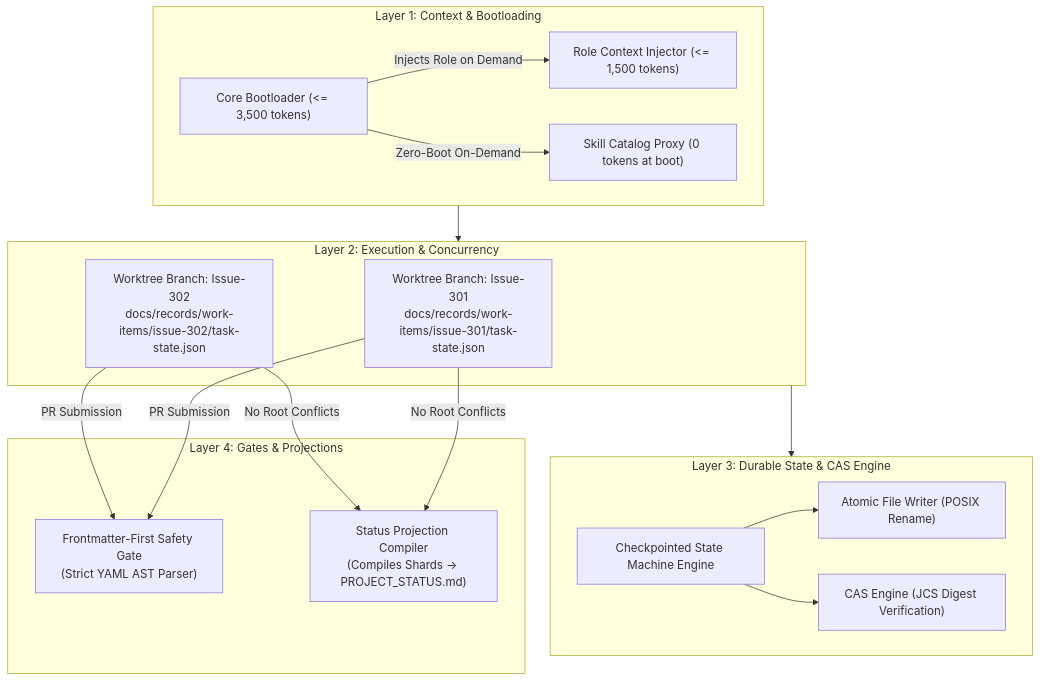
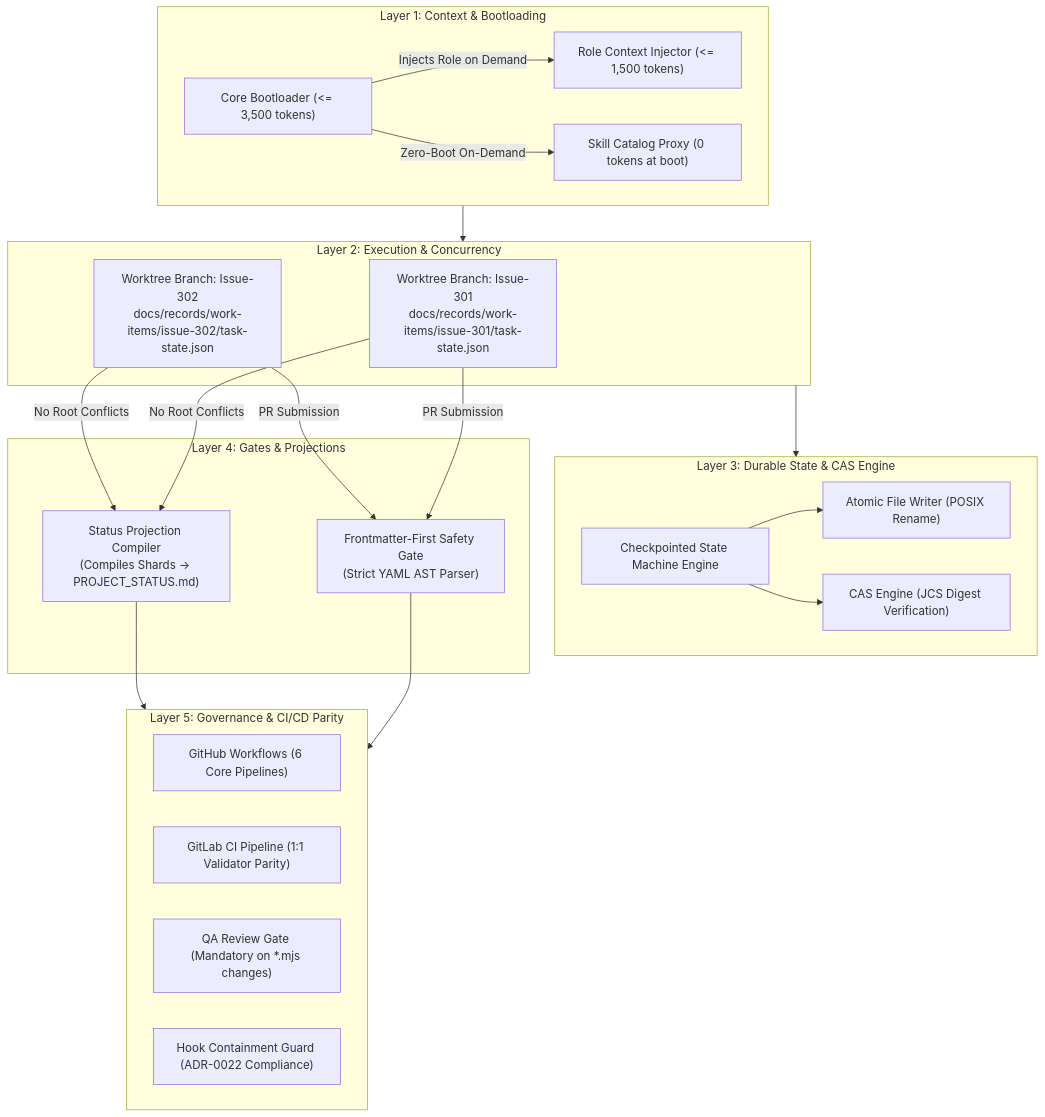
Before and after one commit to chakrits/AI-Agent-Workflow: the first of 5 diagrams in docs/records/sdd/2026-09-11-next-gen-dynamic-workflow-sdd.md, drawn with Mermaid. The commit also changed other lines of this file, not shown here.

Commit message:
docs: update SDD with workflow, hook, and CI parity constraints (AC-009 to AC-014)

````diff
--- a/docs/records/sdd/2026-09-11-next-gen-dynamic-workflow-sdd.md
+++ b/docs/records/sdd/2026-09-11-next-gen-dynamic-workflow-sdd.md
@@ -45,30 +48,39 @@
 ```mermaid
 flowchart TD
     subgraph Layer1["Layer 1: Context & Bootloading"]
         CB["Core Bootloader (<= 3,500 tokens)"] -->|Injects Role on Demand| RI["Role Context Injector (<= 1,500 tokens)"]
         CB -->|Zero-Boot On-Demand| SK["Skill Catalog Proxy (0 tokens at boot)"]
     end
 
     subgraph Layer2["Layer 2: Execution & Concurrency"]
         WT1["Worktree Branch: Issue-301\ndocs/records/work-items/issue-301/task-state.json"]
         WT2["Worktree Branch: Issue-302\ndocs/records/work-items/issue-302/task-state.json"]
     end
 
     subgraph Layer3["Layer 3: Durable State & CAS Engine"]
         SM["Checkpointed State Machine Engine"]
         AT["Atomic File Writer (POSIX Rename)"]
         CAS["CAS Engine (JCS Digest Verification)"]
         SM --> AT
         SM --> CAS
     end
 
     subgraph Layer4["Layer 4: Gates & Projections"]
         FMG["Frontmatter-First Safety Gate\n(Strict YAML AST Parser)"]
         PC["Status Projection Compiler\n(Compiles Shards -> PROJECT_STATUS.md)"]
     end
 
+    subgraph Layer5["Layer 5: Governance & CI/CD Parity"]
+        GH["GitHub Workflows (6 Core Pipelines)"]
+        GL["GitLab CI Pipeline (1:1 Validator Parity)"]
+        RG["QA Review Gate (Mandatory on *.mjs changes)"]
+        HC["Hook Containment Guard (ADR-0022 Compliance)"]
+    end
+
     Layer1 --> Layer2
     Layer2 --> Layer3
     WT1 & WT2 -->|No Root Conflicts| PC
     WT1 & WT2 -->|PR Submission| FMG
+    FMG --> Layer5
+    PC --> Layer5
 ```
````
